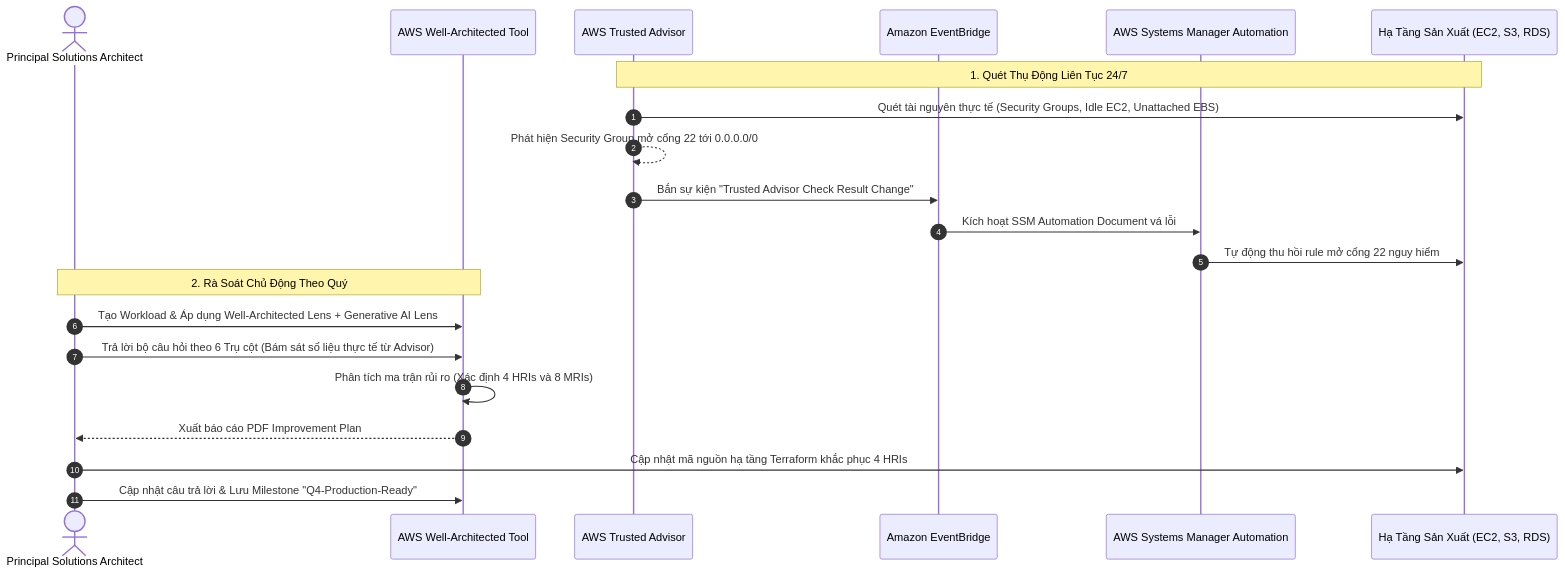
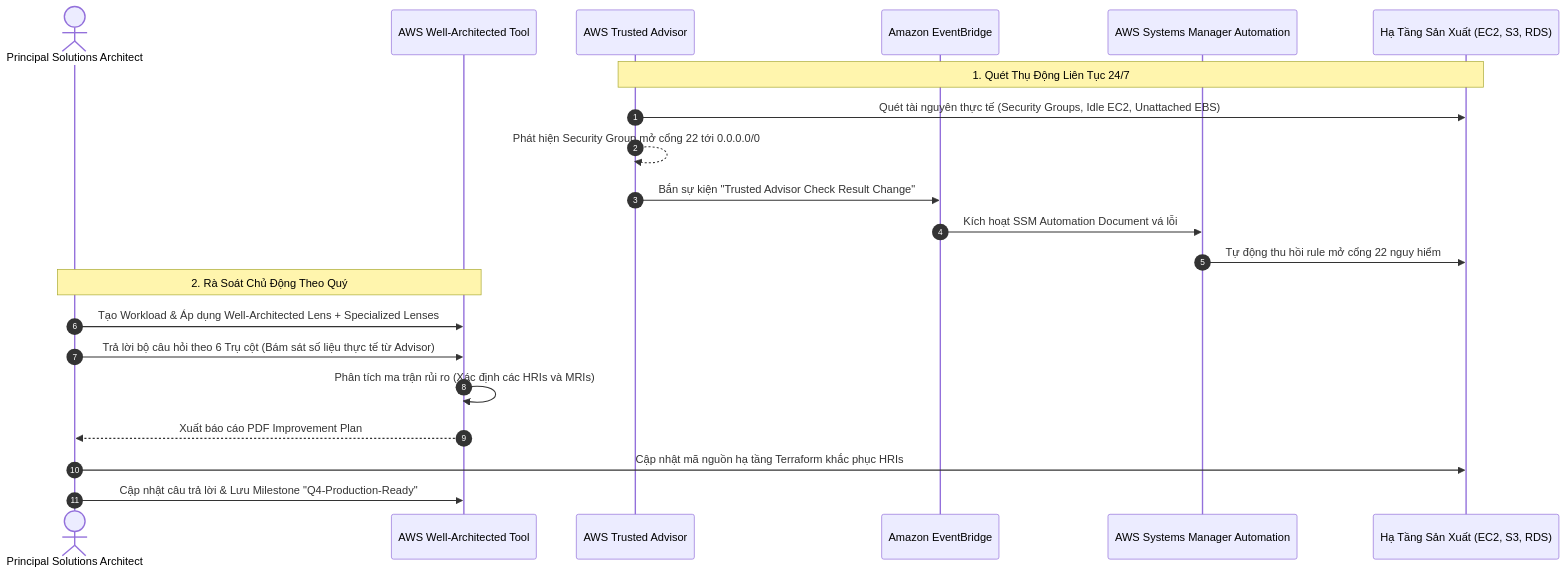
The second of 3 diagrams in AWS_Services/AWS_Well_Architected_Framework.md (nhatphanhk/AWS_XBrain_Note), drawn with Mermaid before and after one commit. The commit also changed other lines of this file and 20 other files, not shown here.

````diff
--- a/AWS_Services/AWS_Well_Architected_Framework.md
+++ b/AWS_Services/AWS_Well_Architected_Framework.md
@@ -246,25 +255,25 @@
 ```mermaid
 sequenceDiagram
     autonumber
     actor Architect as Principal Solutions Architect
     participant WATool as AWS Well-Architected Tool
     participant Advisor as AWS Trusted Advisor
     participant EventBridge as Amazon EventBridge
     participant SSM as AWS Systems Manager Automation
     participant Infra as Hạ Tầng Sản Xuất (EC2, S3, RDS)
 
     Note over Advisor,Infra: 1. Quét Thụ Động Liên Tục 24/7
     Advisor->>Infra: Quét tài nguyên thực tế (Security Groups, Idle EC2, Unattached EBS)
     Advisor-->>Advisor: Phát hiện Security Group mở cổng 22 tới 0.0.0.0/0
     Advisor->>EventBridge: Bắn sự kiện "Trusted Advisor Check Result Change"
     EventBridge->>SSM: Kích hoạt SSM Automation Document vá lỗi
     SSM->>Infra: Tự động thu hồi rule mở cổng 22 nguy hiểm
 
     Note over Architect,WATool: 2. Rà Soát Chủ Động Theo Quý
-    Architect->>WATool: Tạo Workload & Áp dụng Well-Architected Lens + Generative AI Lens
+    Architect->>WATool: Tạo Workload & Áp dụng Well-Architected Lens + Specialized Lenses
     Architect->>WATool: Trả lời bộ câu hỏi theo 6 Trụ cột (Bám sát số liệu thực tế từ Advisor)
-    WATool->>WATool: Phân tích ma trận rủi ro (Xác định 4 HRIs và 8 MRIs)
+    WATool->>WATool: Phân tích ma trận rủi ro (Xác định các HRIs và MRIs)
     WATool-->>Architect: Xuất báo cáo PDF Improvement Plan
-    Architect->>Infra: Cập nhật mã nguồn hạ tầng Terraform khắc phục 4 HRIs
+    Architect->>Infra: Cập nhật mã nguồn hạ tầng Terraform khắc phục HRIs
     Architect->>WATool: Cập nhật câu trả lời & Lưu Milestone "Q4-Production-Ready"
 ```
````
